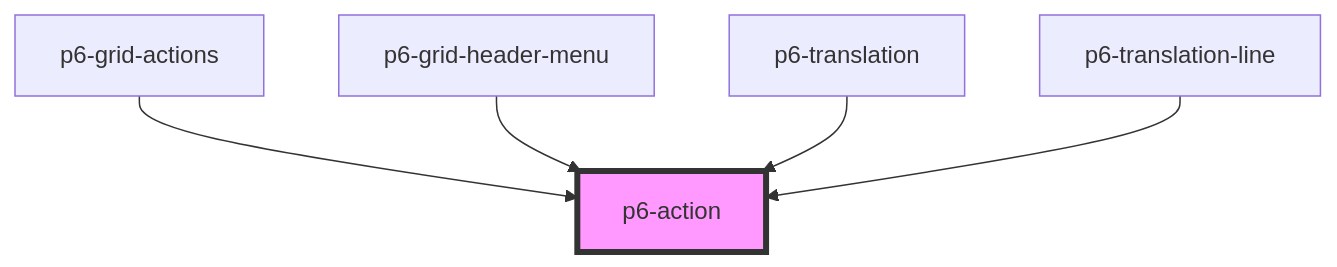
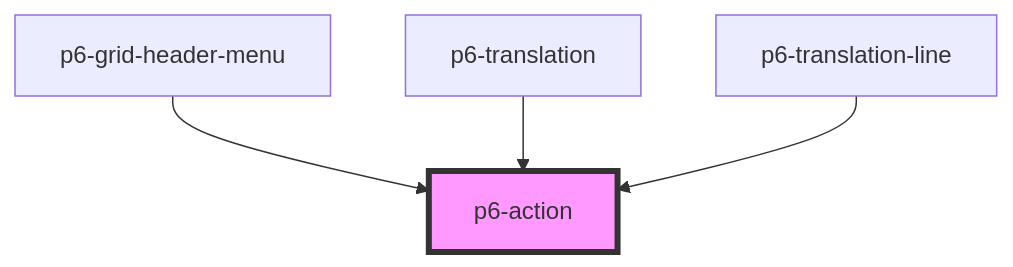
One commit to amalto/platform6-ui-components changed the diagram in src/components/atoms/p6-action/readme.md. Above: the diagram before and after it, drawn with Mermaid. The commit also changed other lines of this file and 53 other files, not shown here.

````diff
--- a/src/components/atoms/p6-action/readme.md
+++ b/src/components/atoms/p6-action/readme.md
@@ -25,8 +24,7 @@
 ```mermaid
 graph TD;
-  p6-grid-actions --> p6-action
   p6-grid-header-menu --> p6-action
   p6-translation --> p6-action
   p6-translation-line --> p6-action
   style p6-action fill:#f9f,stroke:#333,stroke-width:4px
 ```
````
